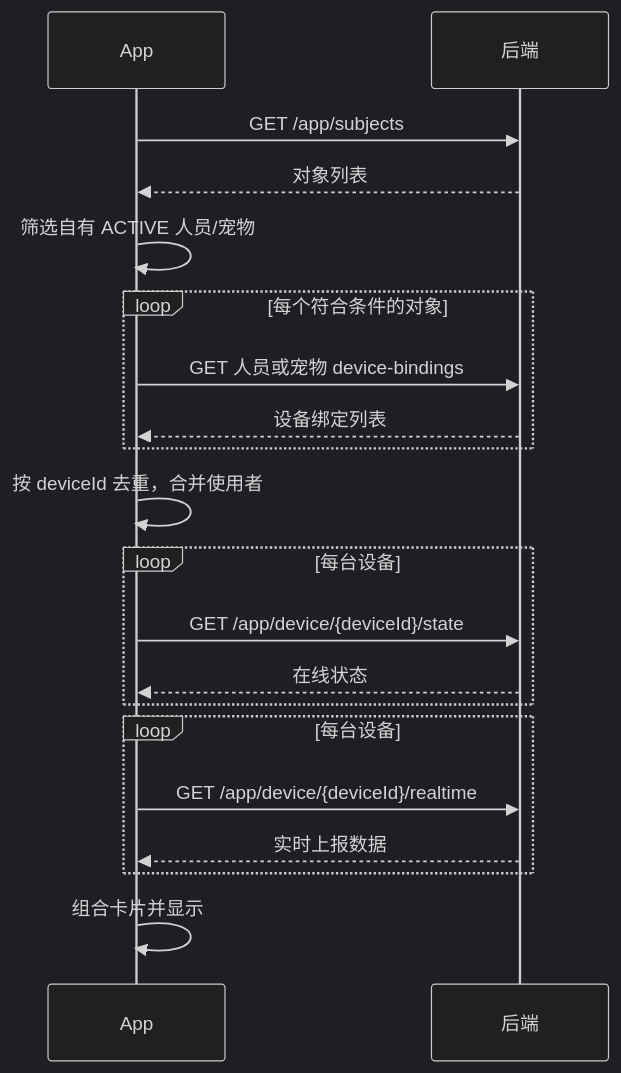
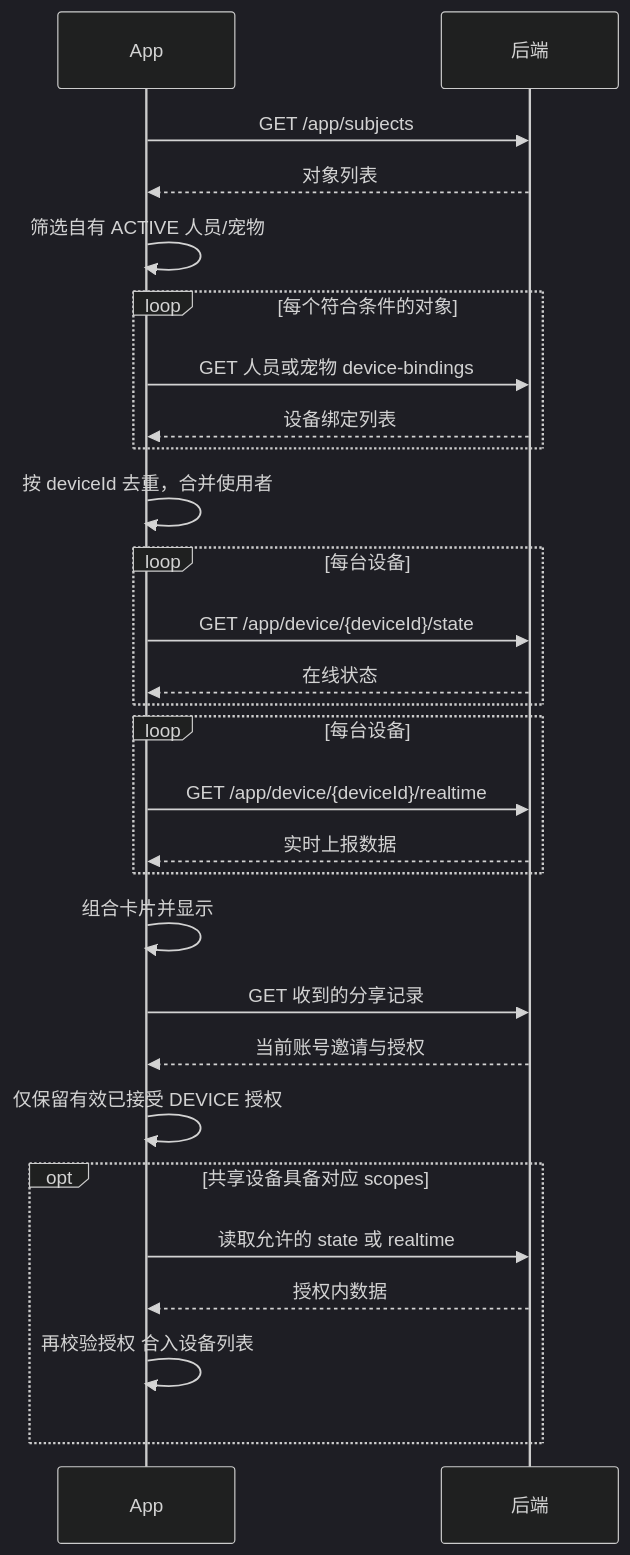
One commit to jarLiao/eview-connect-c-app-prototype changed the diagram in guides/device-list-sequence.mmd. Above: the diagram before and after it, drawn with Mermaid (dark theme). The commit also changed 41 other files, not shown here.

```diff
--- a/guides/device-list-sequence.mmd
+++ b/guides/device-list-sequence.mmd
@@ -1,20 +1,28 @@
 sequenceDiagram
     participant App as App
     participant API as 后端
     App->>API: GET /app/subjects
     API-->>App: 对象列表
     App->>App: 筛选自有 ACTIVE 人员/宠物
     loop 每个符合条件的对象
         App->>API: GET 人员或宠物 device-bindings
         API-->>App: 设备绑定列表
     end
     App->>App: 按 deviceId 去重，合并使用者
     loop 每台设备
         App->>API: GET /app/device/{deviceId}/state
         API-->>App: 在线状态
     end
     loop 每台设备
         App->>API: GET /app/device/{deviceId}/realtime
         API-->>App: 实时上报数据
     end
     App->>App: 组合卡片并显示
+    App->>API: GET 收到的分享记录
+    API-->>App: 当前账号邀请与授权
+    App->>App: 仅保留有效已接受 DEVICE 授权
+    opt 共享设备具备对应 scopes
+        App->>API: 读取允许的 state 或 realtime
+        API-->>App: 授权内数据
+        App->>App: 再校验授权 合入设备列表
+    end
```
